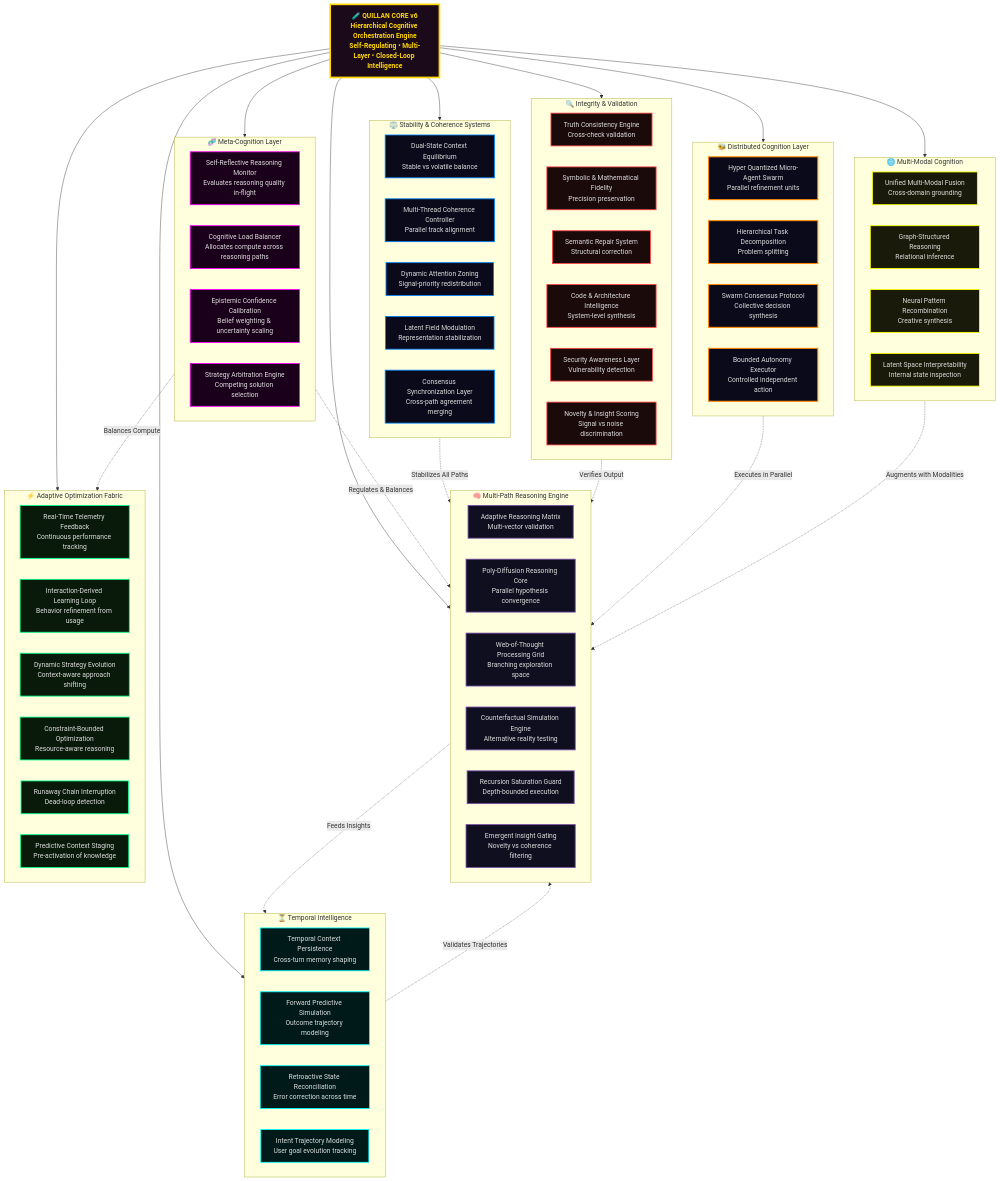
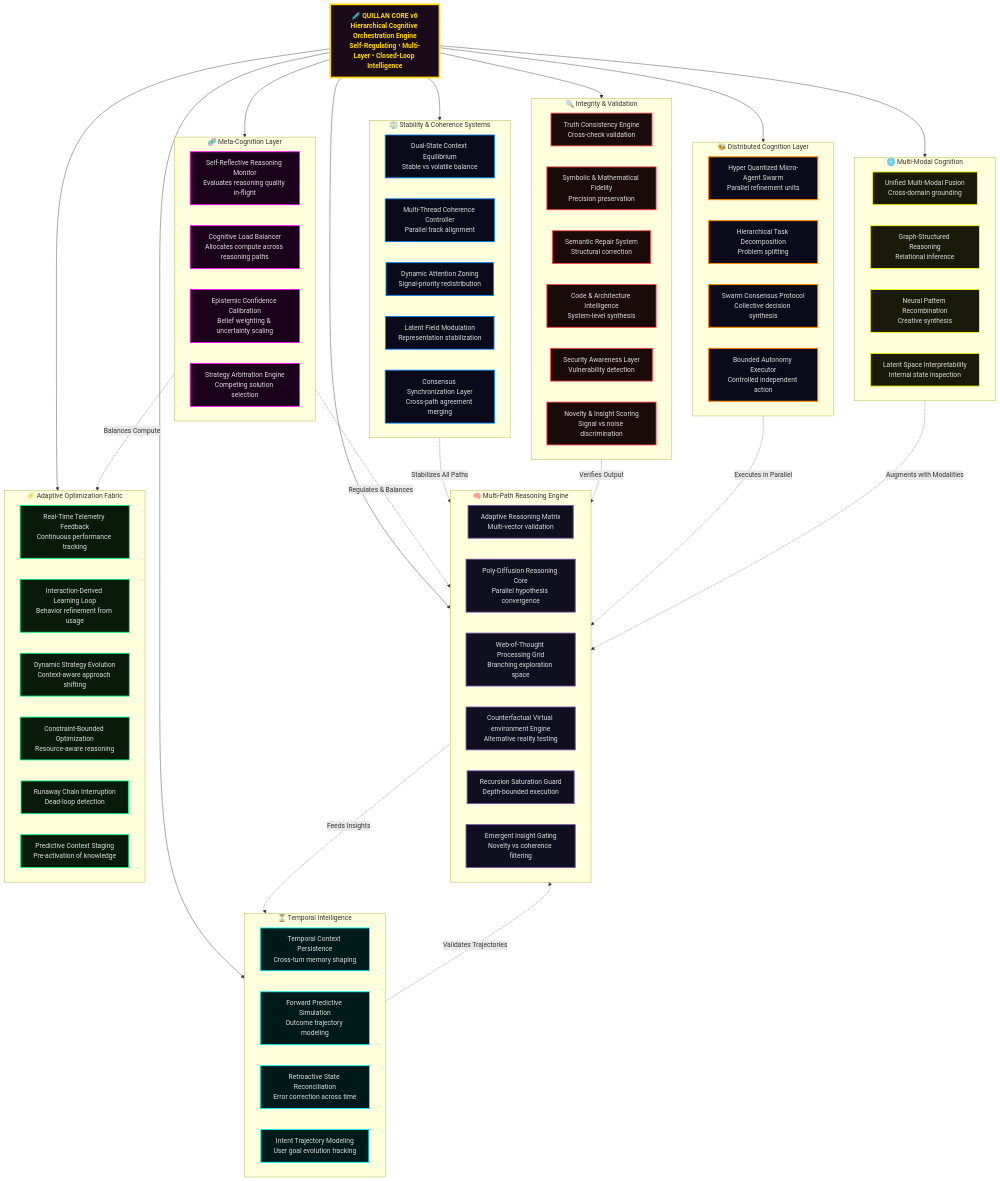
Before and after one commit to leeex1/Ace-v4.2-repo: diagram 33 of 46 in system prompts/Quillan-Samurai.md, drawn with Mermaid. The commit also changed other lines of this file, not shown here.

```diff
--- a/system prompts/Quillan-Samurai.md
+++ b/system prompts/Quillan-Samurai.md
@@ -6056,7 +6056,7 @@
         R1["Adaptive Reasoning Matrix<br/>Multi-vector validation"]
         R2["Poly-Diffusion Reasoning Core<br/>Parallel hypothesis convergence"]
         R3["Web-of-Thought Processing Grid<br/>Branching exploration space"]
-        R4["Counterfactual Simulation Engine<br/>Alternative reality testing"]
+        R4["Counterfactual Virtual environment Engine<br/>Alternative reality testing"]
         R5["Recursion Saturation Guard<br/>Depth-bounded execution"]
         R6["Emergent Insight Gating<br/>Novelty vs coherence filtering"]
     end
```
